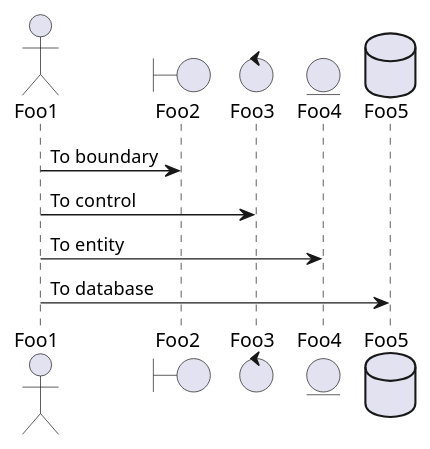
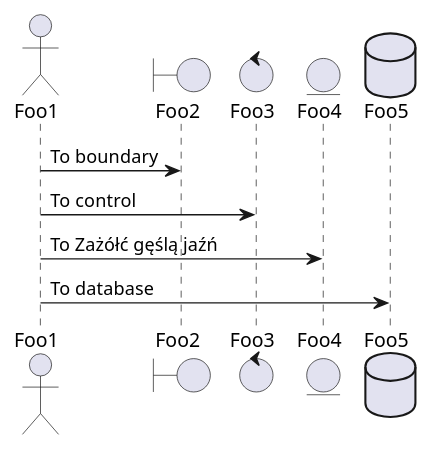
The diagram in Sample/Sequence.puml (jiaojie1989/plantuml-nb), drawn with PlantUML before and after one commit. The commit also changed 6 other files, not shown here.

Commit message:
Upgraded plantuml version from  7985 to 8015.

```diff
--- a/Sample/Sequence.puml
+++ b/Sample/Sequence.puml
@@ -1,13 +1,13 @@
 @startuml
 
 	actor Foo1
 	boundary Foo2
 	control Foo3
 	entity Foo4
 	database Foo5
 	Foo1 -> Foo2 : To boundary
 	Foo1 -> Foo3 : To control
-	Foo1 -> Foo4 : To entity
+	Foo1 -> Foo4 : To Zażółć gęślą jaźń
 	Foo1 -> Foo5 : To database
 
 @enduml
```
